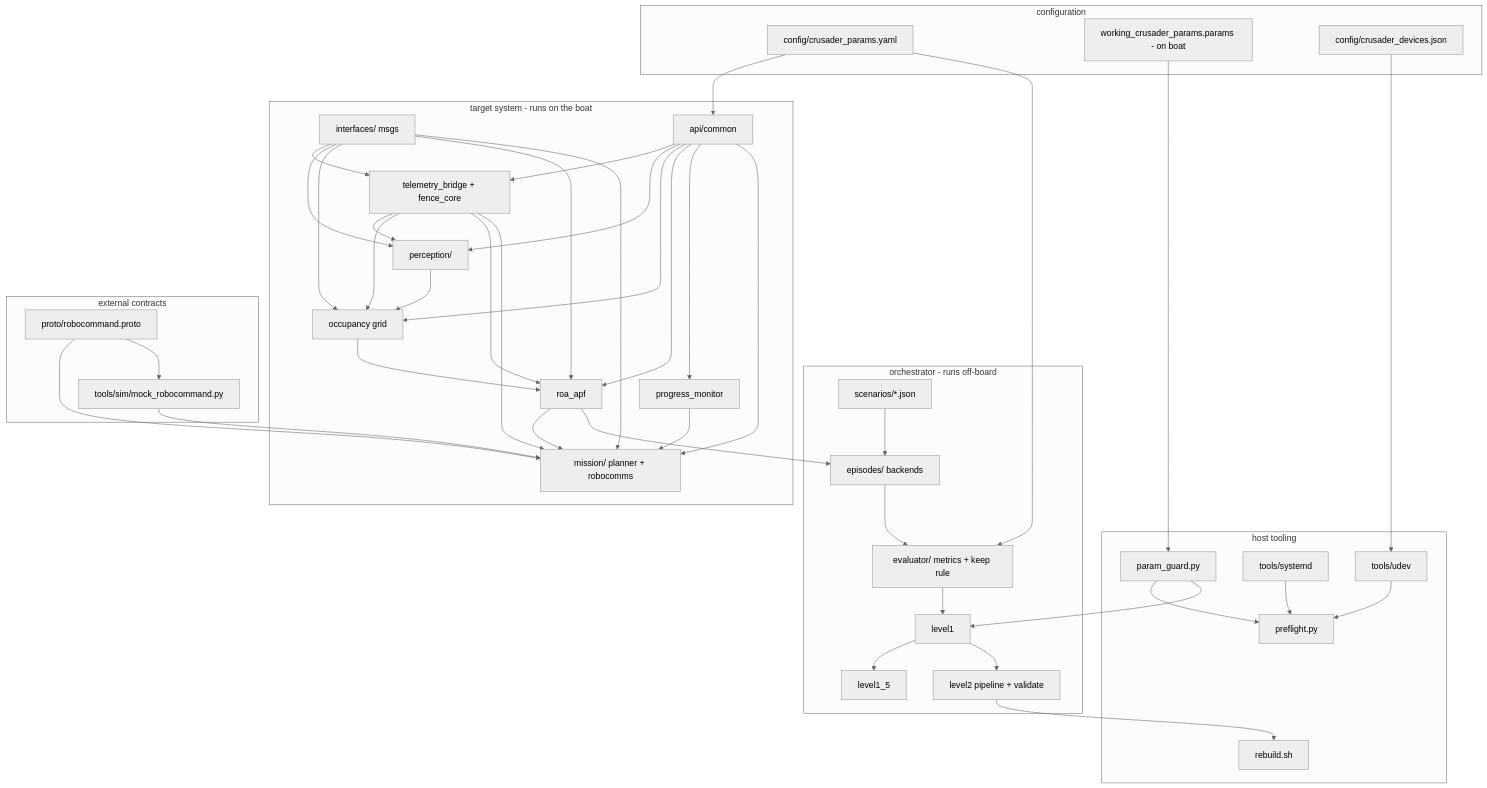
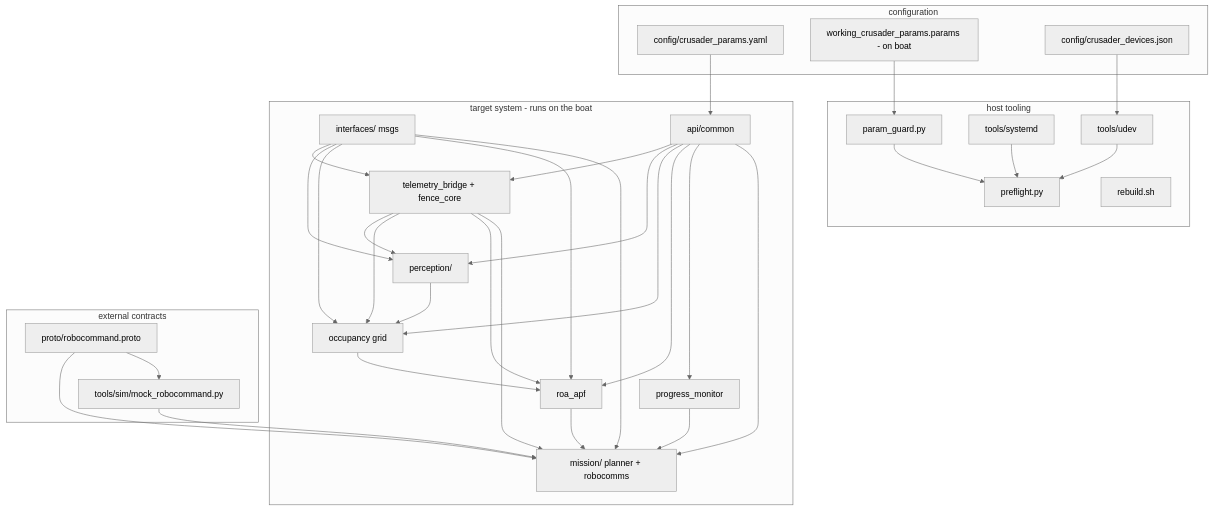
One commit to InspirationRobotics/rx26_asv changed the diagram in docs/CHANGE_IMPACT_MAP.md. Above: the diagram before and after it, drawn with Mermaid (neutral theme). The commit also changed other lines of this file and 56 other files, not shown here.

````diff
--- a/docs/CHANGE_IMPACT_MAP.md
+++ b/docs/CHANGE_IMPACT_MAP.md
@@ -9,54 +9,41 @@
 ```mermaid
 flowchart TD
     subgraph shared_config [configuration]
         YAML[config/crusader_params.yaml]
         PARAMS[working_crusader_params.params - on boat]
         DEV[config/crusader_devices.json]
     end
 
     subgraph target [target system - runs on the boat]
         IF[interfaces/ msgs]
         COMMON[api/common]
         TB[telemetry_bridge + fence_core]
         PN[perception/]
         OG[occupancy grid]
         APF[roa_apf]
         PM[progress_monitor]
         MP[mission/ planner + robocomms]
     end
 
     subgraph edge [external contracts]
         PROTO[proto/robocommand.proto]
         MOCK[tools/sim/mock_robocommand.py]
     end
 
-    subgraph orch [orchestrator - runs off-board]
-        EPI[episodes/ backends]
-        EVAL[evaluator/ metrics + keep rule]
-        L1[level1] --> L15[level1_5]
-        L2[level2 pipeline + validate]
-        SCEN[scenarios/*.json]
-    end
-
     subgraph ops [host tooling]
         UDEV[tools/udev] --> PRE[preflight.py]
         SYSD[tools/systemd] --> PRE
         PG[param_guard.py] --> PRE
         RB[rebuild.sh]
     end
 
     YAML --> COMMON --> TB & PN & OG & APF & PM & MP
-    YAML --> EVAL
     DEV --> UDEV
     PARAMS --> PG
     IF --> TB & PN & OG & APF & MP
     TB --> PN & OG & APF & MP
     PN --> OG --> APF --> MP
     PM --> MP
     PROTO --> MP
     PROTO --> MOCK --> MP
-    APF --> EPI
-    SCEN --> EPI --> EVAL --> L1
-    L1 --> L2 --> RB
-    PG --> L1
 ```
````
